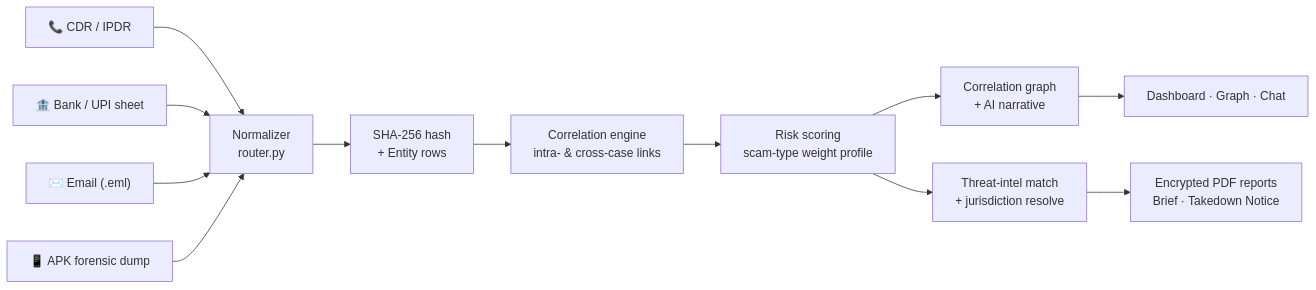
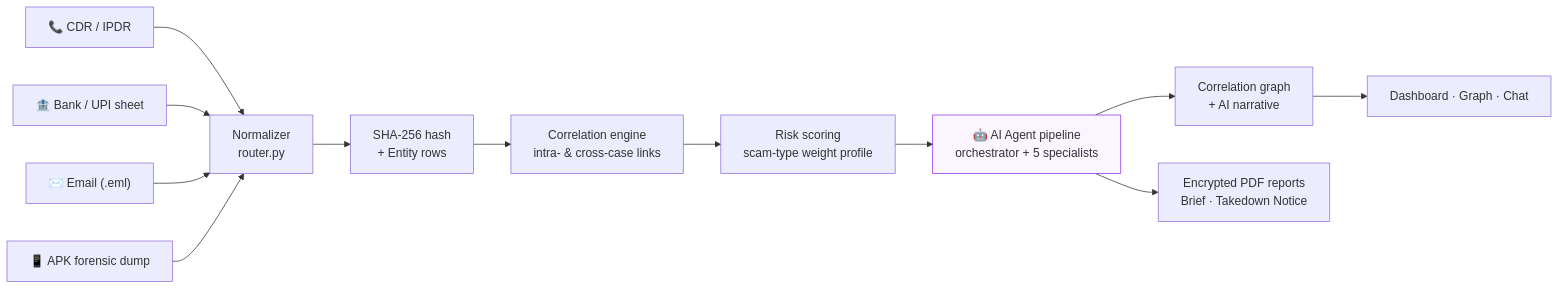
One commit to Krishnaa-21/tracex changed the first of 4 diagrams in README.md. Above: the diagram before and after it, drawn with Mermaid. The commit also changed other lines of this file and 7 other files, not shown here.

````diff
--- a/README.md
+++ b/README.md
@@ -258,15 +234,24 @@
 ```mermaid
 flowchart LR
     A["📞 CDR / IPDR"] --> N
     B["🏦 Bank / UPI sheet"] --> N
     C["✉️ Email (.eml)"] --> N
     D["📱 APK forensic dump"] --> N
 
-    N["Normalizer\nrouter.py"] --> H["SHA-256 hash\n+ Entity rows"]
-    H --> COR["Correlation engine\nintra- & cross-case links"]
-    COR --> RISK["Risk scoring\nscam-type weight profile"]
-    RISK --> GRAPH["Correlation graph\n+ AI narrative"]
-    RISK --> INTEL["Threat-intel match\n+ jurisdiction resolve"]
+    N["Normalizer
+router.py"] --> H["SHA-256 hash
++ Entity rows"]
+    H --> COR["Correlation engine
+intra- & cross-case links"]
+    COR --> RISK["Risk scoring
+scam-type weight profile"]
+    RISK --> AGT["🤖 AI Agent pipeline
+orchestrator + 5 specialists"]
+    AGT --> GRAPH["Correlation graph
++ AI narrative"]
+    AGT --> REPORT["Encrypted PDF reports
+Brief · Takedown Notice"]
     GRAPH --> UI["Dashboard · Graph · Chat"]
-    INTEL --> REPORT["Encrypted PDF reports\nBrief · Takedown Notice"]
+
+    style AGT fill:#faf5ff,stroke:#9333ea
 ```
````
